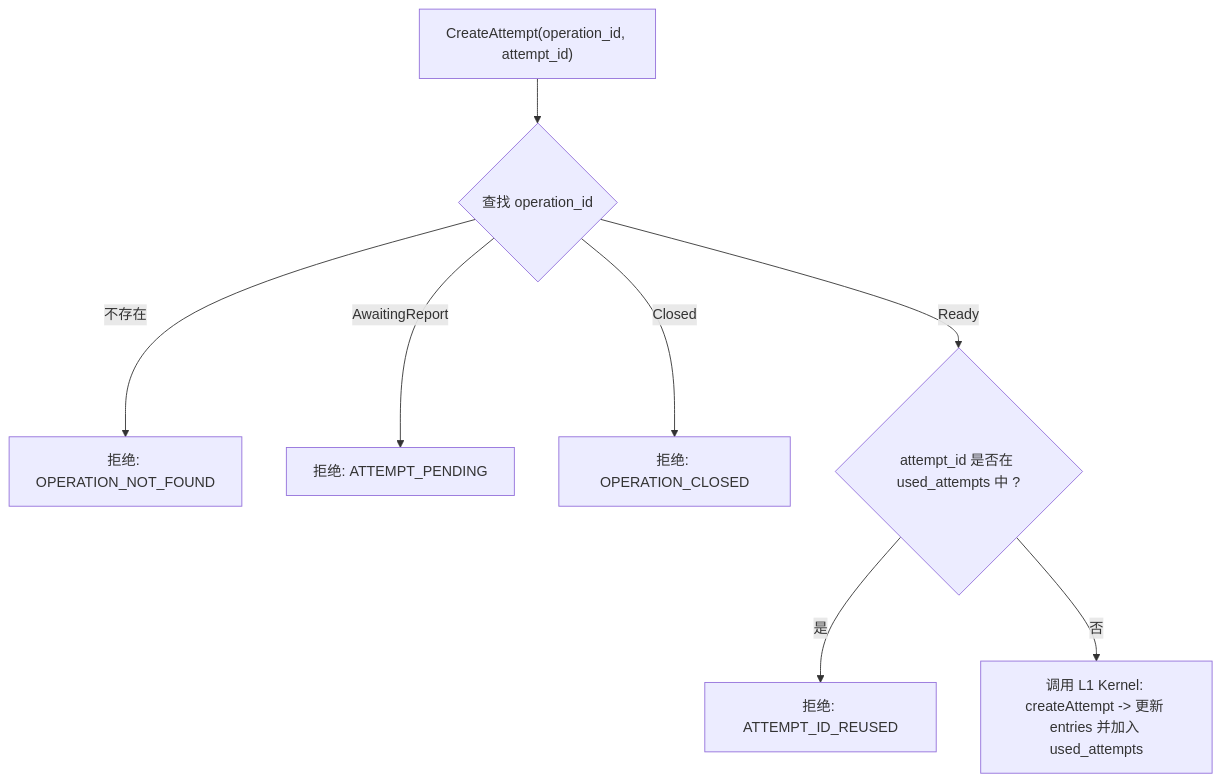
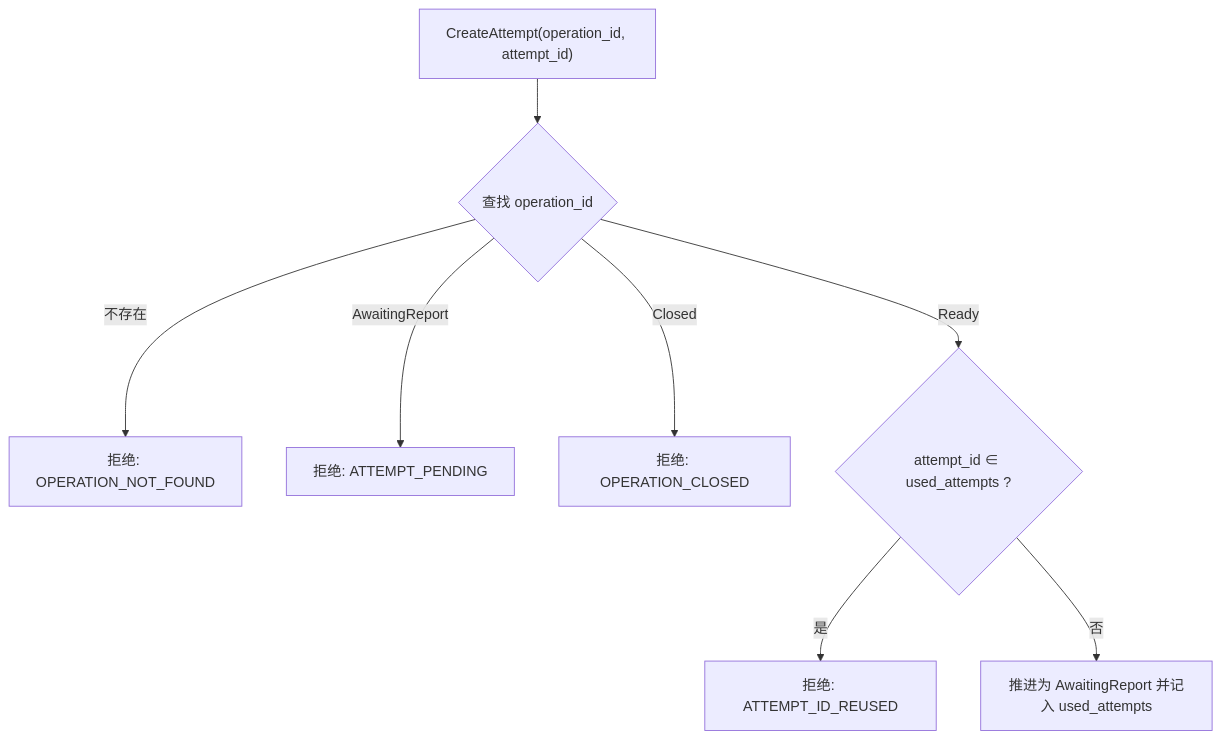
One commit to Everfold/Beamlet changed the second of 2 diagrams in spec/03-ledger.md. Above: the diagram before and after it, drawn with Mermaid. The commit also changed other lines of this file and 8 other files, not shown here.

````diff
--- a/spec/03-ledger.md
+++ b/spec/03-ledger.md
@@ -28,10 +26,10 @@
 ```mermaid
 flowchart TD
     Req["CreateAttempt(operation_id, attempt_id)"] --> FindOp{"查找 operation_id"}
     FindOp -->|"不存在"| E_NotFound["拒绝: OPERATION_NOT_FOUND"]
     FindOp -->|"AwaitingReport"| E_Pending["拒绝: ATTEMPT_PENDING"]
     FindOp -->|"Closed"| E_Closed["拒绝: OPERATION_CLOSED"]
-    FindOp -->|"Ready"| CheckUsed{"attempt_id 是否在 used_attempts 中 ?"}
+    FindOp -->|"Ready"| CheckUsed{"attempt_id ∈ used_attempts ?"}
     CheckUsed -->|"是"| E_Reused["拒绝: ATTEMPT_ID_REUSED"]
-    CheckUsed -->|"否"| KernelStep["调用 L1 Kernel: createAttempt -> 更新 entries 并加入 used_attempts"]
+    CheckUsed -->|"否"| KernelStep["推进为 AwaitingReport 并记入 used_attempts"]
 ```
````
